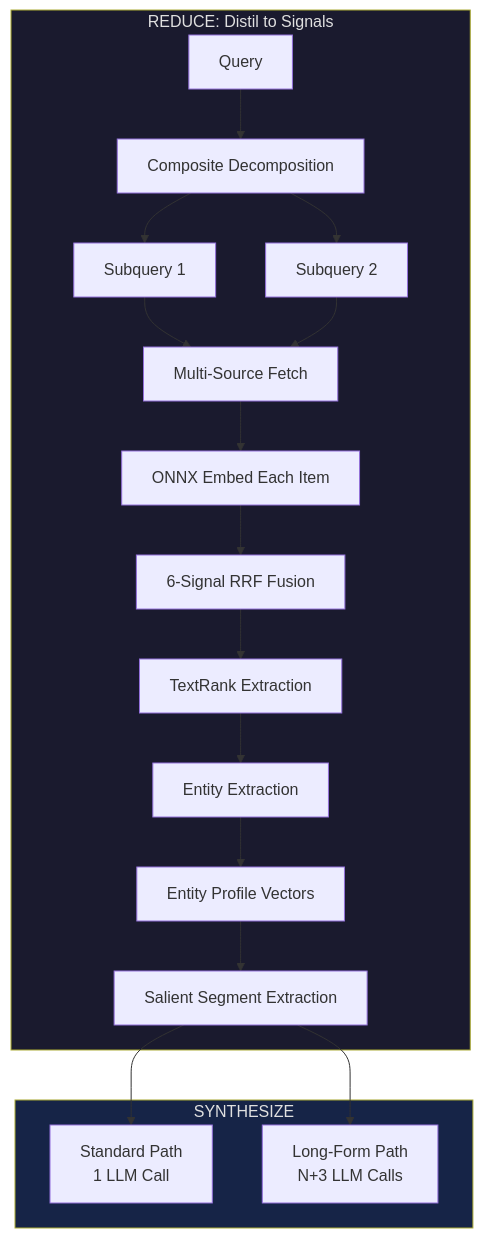
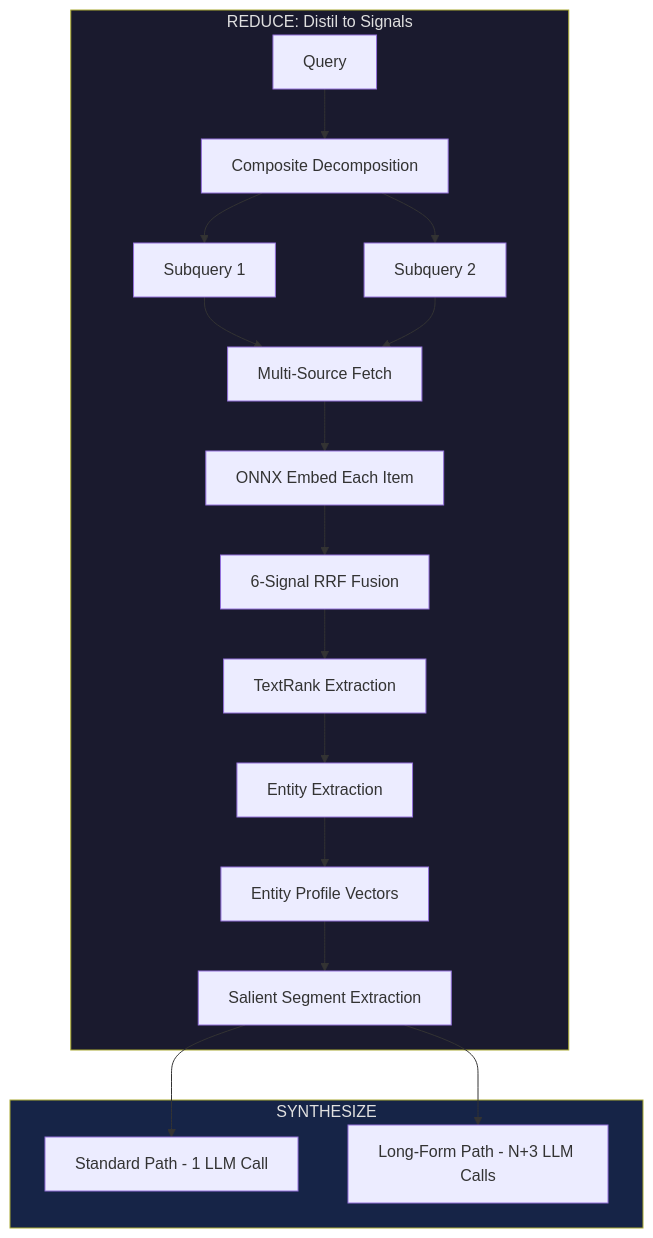
One commit to Shaddix/mostlylucidweb changed the first of 10 diagrams in Mostlylucid/Markdown/doomsummarizer-deep-research.md. Above: the diagram before and after it, drawn with Mermaid. The commit also changed other lines of this file and 25 other files, not shown here.

````diff
--- a/Mostlylucid/Markdown/doomsummarizer-deep-research.md
+++ b/Mostlylucid/Markdown/doomsummarizer-deep-research.md
@@ -72,23 +72,23 @@
 ```mermaid
 flowchart TD
     subgraph REDUCE["REDUCE: Distil to Signals"]
         Q[Query] --> Decompose[Composite Decomposition]
         Decompose --> S1[Subquery 1]
         Decompose --> S2[Subquery 2]
         S1 & S2 --> Fetch[Multi-Source Fetch]
         Fetch --> Embed[ONNX Embed Each Item]
         Embed --> Rank[6-Signal RRF Fusion]
         Rank --> TextRank[TextRank Extraction]
         TextRank --> NER[Entity Extraction]
         NER --> Profile[Entity Profile Vectors]
         Profile --> Segments[Salient Segment Extraction]
     end
 
     subgraph SYNTH["SYNTHESIZE"]
-        Segments --> Standard["Standard Path\n1 LLM Call"]
-        Segments --> LongForm["Long-Form Path\nN+3 LLM Calls"]
+        Segments --> Standard["Standard Path - 1 LLM Call"]
+        Segments --> LongForm["Long-Form Path - N+3 LLM Calls"]
     end
 
     style REDUCE fill:#1a1a2e,color:#e0e0e0
     style SYNTH fill:#162447,color:#e0e0e0
 ```
````
